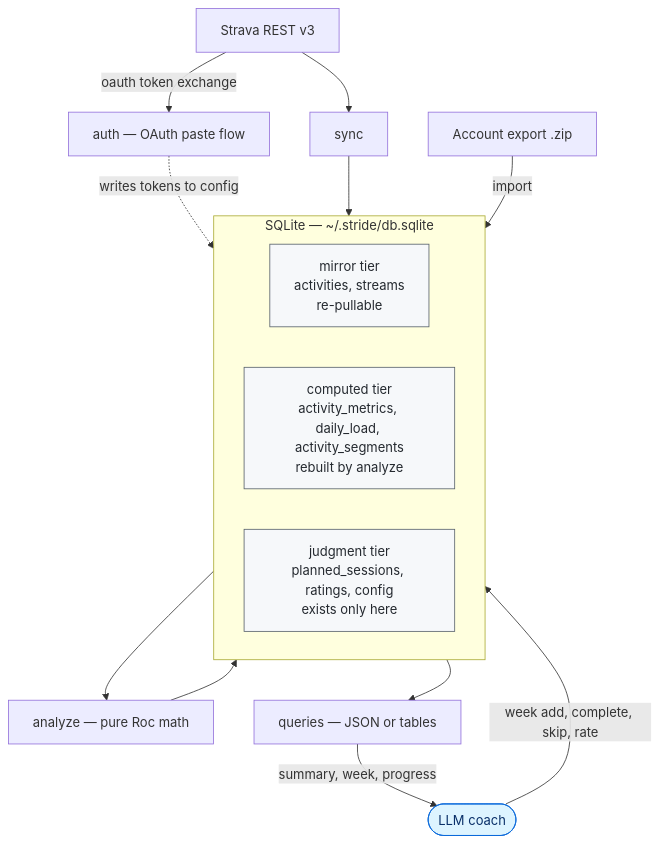
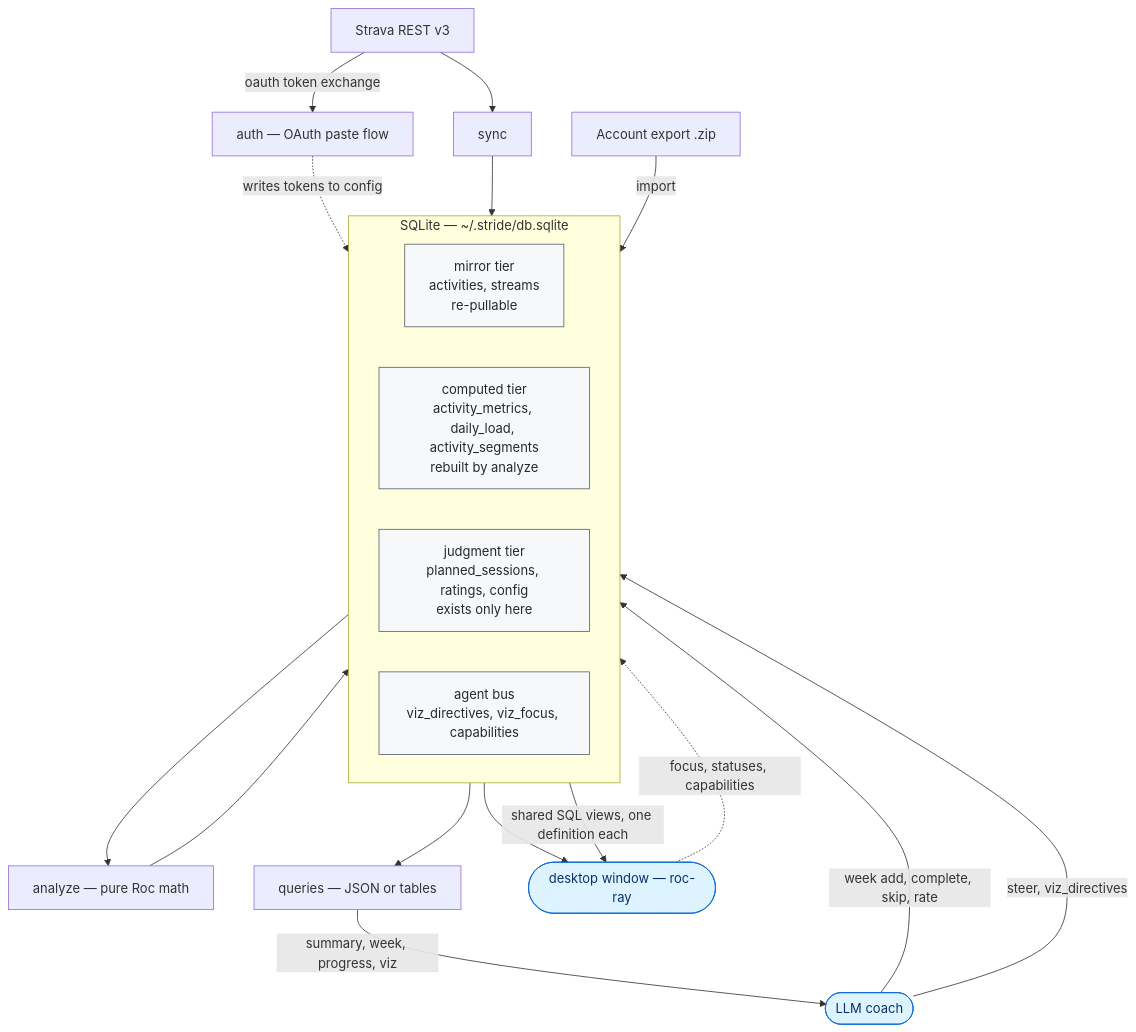
One commit to eschizoid/stride changed the diagram in README.md. Above: the diagram before and after it, drawn with Mermaid. The commit also changed other lines of this file and 5 other files, not shown here.

Commit message:
docs: architecture diagram gains the window and the bus; screenshots regrouped and regenerated (#462)

````diff
--- a/README.md
+++ b/README.md
@@ -424,33 +433,39 @@
 ```mermaid
 flowchart TD
     strava["Strava REST v3"]
     export["Account export .zip"]
     auth["auth — OAuth paste flow"]
     sync["sync"]
 
     subgraph db["SQLite — ~/.stride/db.sqlite"]
         direction LR
         mirror["mirror tier<br>activities, streams<br>re-pullable"]
         computed["computed tier<br>activity_metrics, daily_load, activity_segments<br>rebuilt by analyze"]
         judgment["judgment tier<br>planned_sessions, ratings, config<br>exists only here"]
+        bus["agent bus<br>viz_directives, viz_focus, capabilities"]
     end
 
     analyze["analyze — pure Roc math"]
     queries["queries — JSON or tables"]
     coach(["LLM coach"])
+    window(["desktop window — roc-ray"])
 
     strava -->|"oauth token exchange"| auth
     auth -.->|"writes tokens to config"| judgment
     strava --> sync --> mirror
     export -->|"import"| mirror
     mirror --> analyze --> computed
     judgment ~~~ queries
     db --> queries
-    queries -->|"summary, week, progress"| coach
+    db -->|"shared SQL views, one definition each"| window
+    queries -->|"summary, week, progress, viz"| coach
     coach -->|"week add, complete, skip, rate"| judgment
+    coach -->|"steer, viz_directives"| bus
+    bus --> window
+    window -.->|"focus, statuses, capabilities"| bus
 
     classDef tier fill:#f6f8fa,stroke:#57606a,color:#24292f
     classDef actor fill:#ddf4ff,stroke:#0969da,color:#0a3069
-    class mirror,computed,judgment tier
-    class coach actor
+    class mirror,computed,judgment,bus tier
+    class coach,window actor
 ```
````
